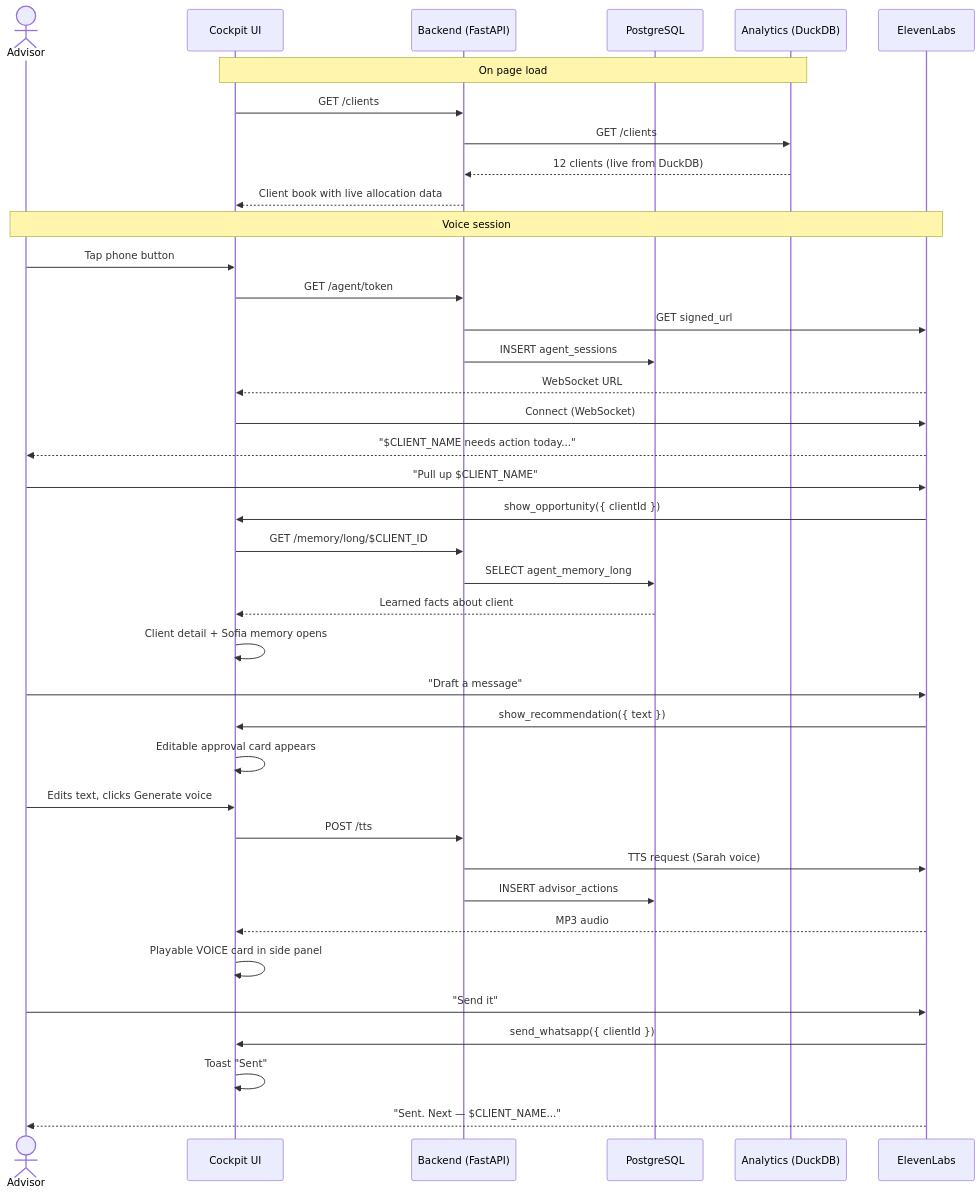
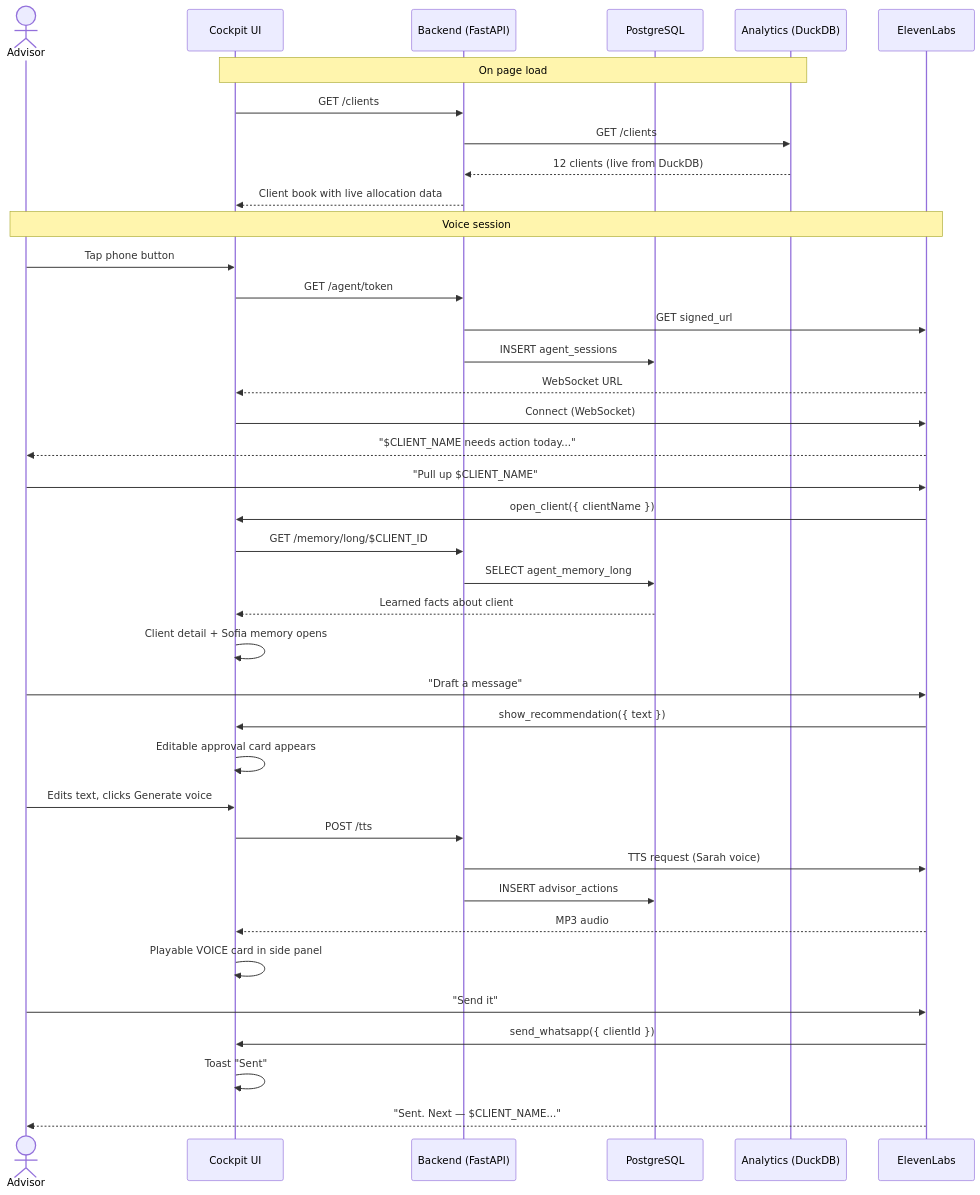
One commit to thoravieira/wealth-advisor-hub changed the second of 2 diagrams in README.md. Above: the diagram before and after it, drawn with Mermaid. The commit also changed other lines of this file and 8 other files, not shown here.

````diff
--- a/README.md
+++ b/README.md
@@ -89,47 +93,47 @@
 ```mermaid
 sequenceDiagram
     actor Advisor
     participant UI as Cockpit UI
     participant Back as Backend (FastAPI)
     participant PG as PostgreSQL
     participant AN as Analytics (DuckDB)
     participant EL as ElevenLabs
 
     Note over UI,AN: On page load
     UI->>Back: GET /clients
     Back->>AN: GET /clients
     AN-->>Back: 12 clients (live from DuckDB)
     Back-->>UI: Client book with live allocation data
 
     Note over Advisor,EL: Voice session
     Advisor->>UI: Tap phone button
     UI->>Back: GET /agent/token
     Back->>EL: GET signed_url
     Back->>PG: INSERT agent_sessions
     EL-->>UI: WebSocket URL
     UI->>EL: Connect (WebSocket)
     EL-->>Advisor: "$CLIENT_NAME needs action today..."
 
     Advisor->>EL: "Pull up $CLIENT_NAME"
-    EL->>UI: show_opportunity({ clientId })
+    EL->>UI: open_client({ clientName })
     UI->>Back: GET /memory/long/$CLIENT_ID
     Back->>PG: SELECT agent_memory_long
     PG-->>UI: Learned facts about client
     UI->>UI: Client detail + Sofia memory opens
 
     Advisor->>EL: "Draft a message"
     EL->>UI: show_recommendation({ text })
     UI->>UI: Editable approval card appears
 
     Advisor->>UI: Edits text, clicks Generate voice
     UI->>Back: POST /tts
     Back->>EL: TTS request (Sarah voice)
     Back->>PG: INSERT advisor_actions
     EL-->>UI: MP3 audio
     UI->>UI: Playable VOICE card in side panel
 
     Advisor->>EL: "Send it"
     EL->>UI: send_whatsapp({ clientId })
     UI->>UI: Toast "Sent"
     EL-->>Advisor: "Sent. Next — $CLIENT_NAME..."
 ```
````
